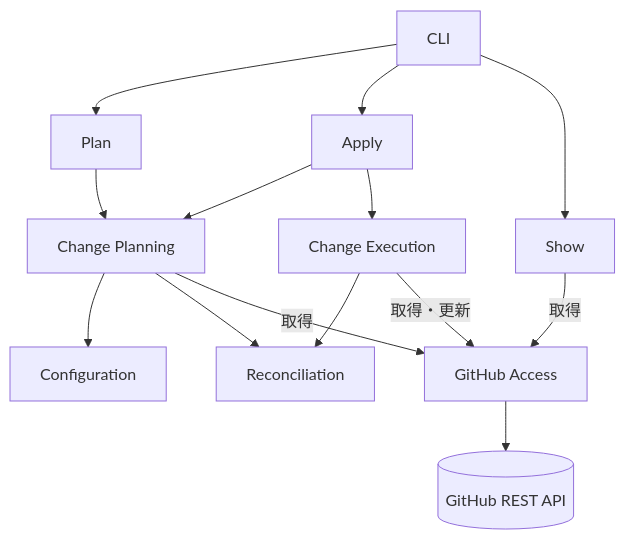
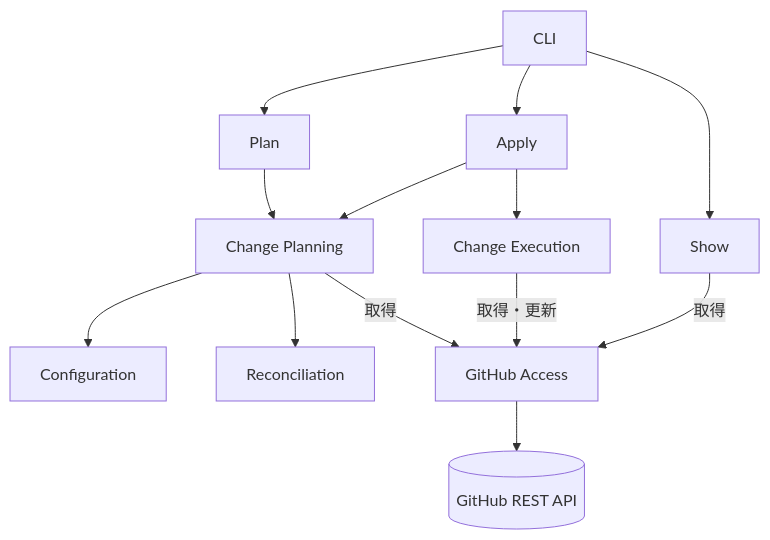
Before and after one commit to tmknom/reco: the diagram in docs/design/architecture.md, drawn with Mermaid. The commit also changed other lines of this file and 24 other files, not shown here.

````diff
--- a/docs/design/architecture.md
+++ b/docs/design/architecture.md
@@ -21,27 +21,26 @@
 ```mermaid
 flowchart TB
     CLI[CLI]
     PLAN[Plan]
     APPLY[Apply]
     SHOW[Show]
     PLANNING[Change Planning]
     EXECUTION[Change Execution]
     CFG[Configuration]
     REC[Reconciliation]
     ACCESS[GitHub Access]
     GH[(GitHub REST API)]
 
     CLI --> PLAN
     CLI --> APPLY
     CLI --> SHOW
     PLAN --> PLANNING
     APPLY --> PLANNING
     APPLY --> EXECUTION
     SHOW -->|取得| ACCESS
     PLANNING --> CFG
     PLANNING --> REC
     PLANNING -->|取得| ACCESS
-    EXECUTION --> REC
     EXECUTION -->|取得・更新| ACCESS
     ACCESS --> GH
 ```
````
